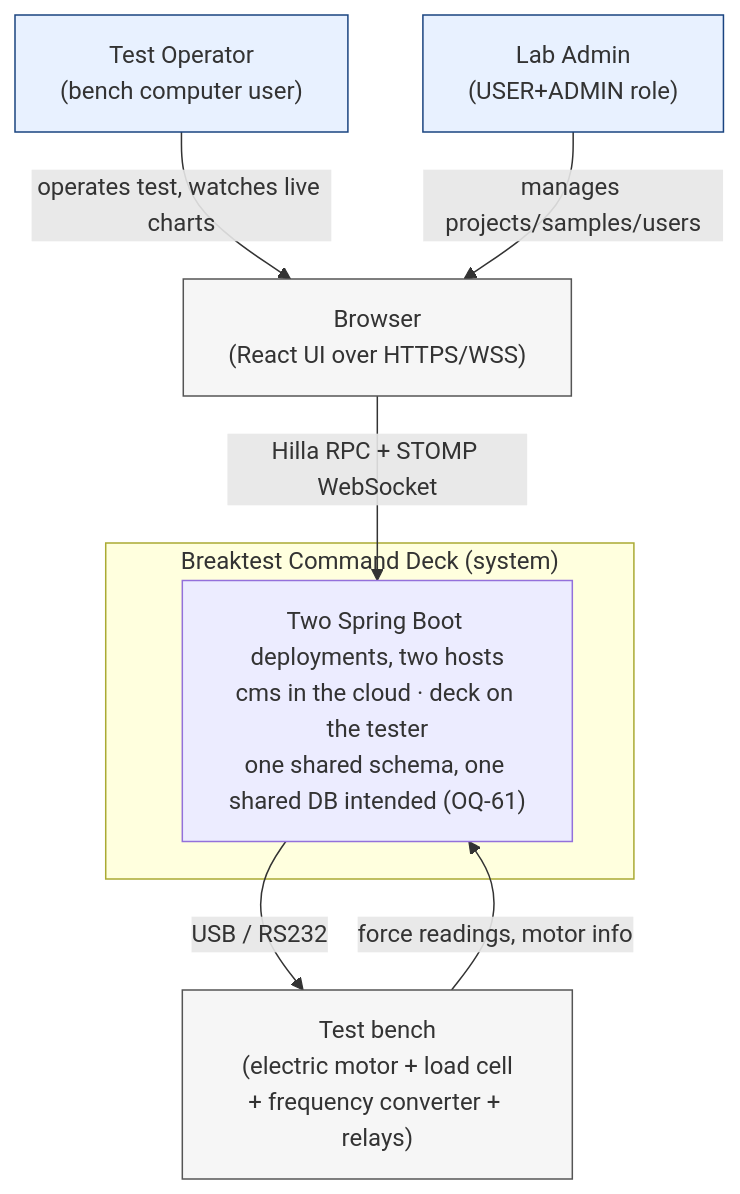
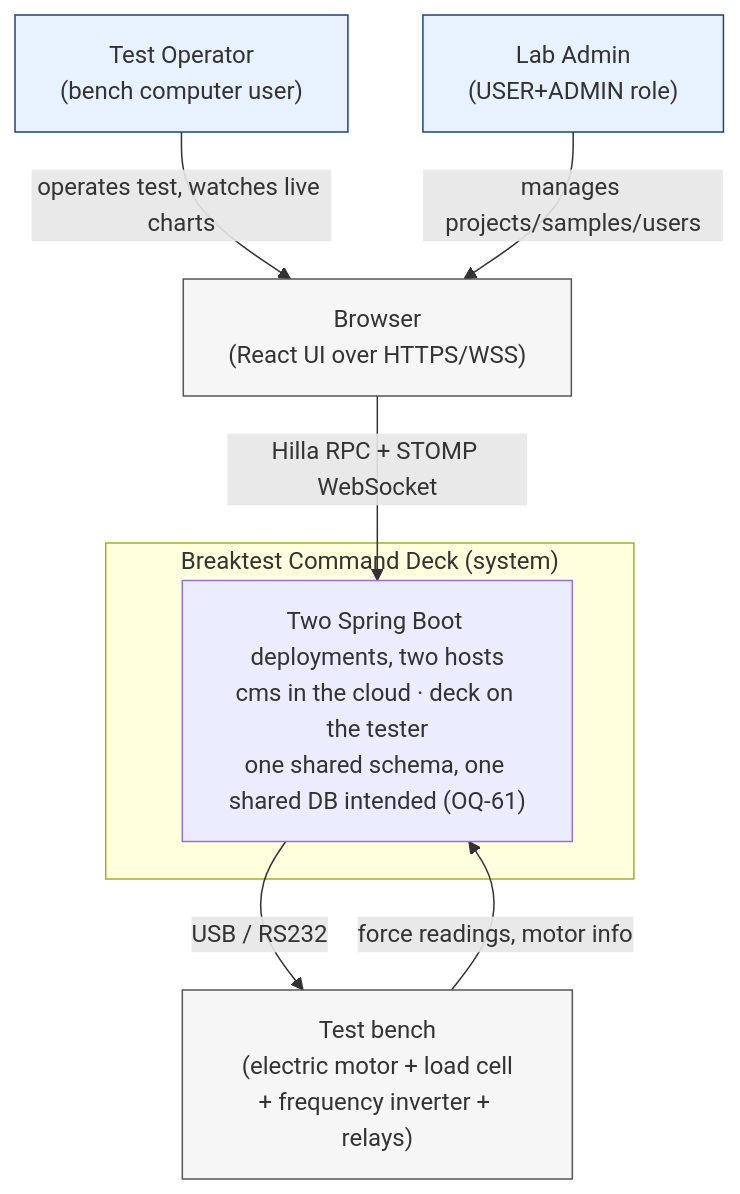
Before and after one commit to rupfizupfi/breaktest-command-deck: the diagram in doc/diagrams/src/c4-context.mmd, drawn with Mermaid. The commit also changed 29 other files, not shown here.

```diff
--- a/doc/diagrams/src/c4-context.mmd
+++ b/doc/diagrams/src/c4-context.mmd
@@ -1,21 +1,21 @@
 %% C4 Context diagram for Breaktest Command Deck
 %% Branch: main @ 2026-08-29
 flowchart TB
     OP["Test Operator<br/>(bench computer user)"]:::actor
     AD["Lab Admin<br/>(USER+ADMIN role)"]:::actor
 
     subgraph SUT["Breaktest Command Deck (system)"]
         SYS["Two Spring Boot deployments, two hosts<br/>cms in the cloud · deck on the tester<br/>one shared schema, one shared DB intended (OQ-61)"]
     end
 
-    HW["Test bench<br/>(electric motor + load cell<br/>+ frequency converter + relays)"]:::external
+    HW["Test bench<br/>(electric motor + load cell<br/>+ frequency inverter + relays)"]:::external
     BR["Browser<br/>(React UI over HTTPS/WSS)"]:::external
 
     OP -->|operates test, watches live charts| BR
     AD -->|manages projects/samples/users| BR
     BR -->|Hilla RPC + STOMP WebSocket| SYS
     SYS -->|USB / RS232| HW
     HW -->|force readings, motor info| SYS
 
     classDef actor fill:#e8f1ff,stroke:#1a4480
     classDef external fill:#f6f6f6,stroke:#555
```
